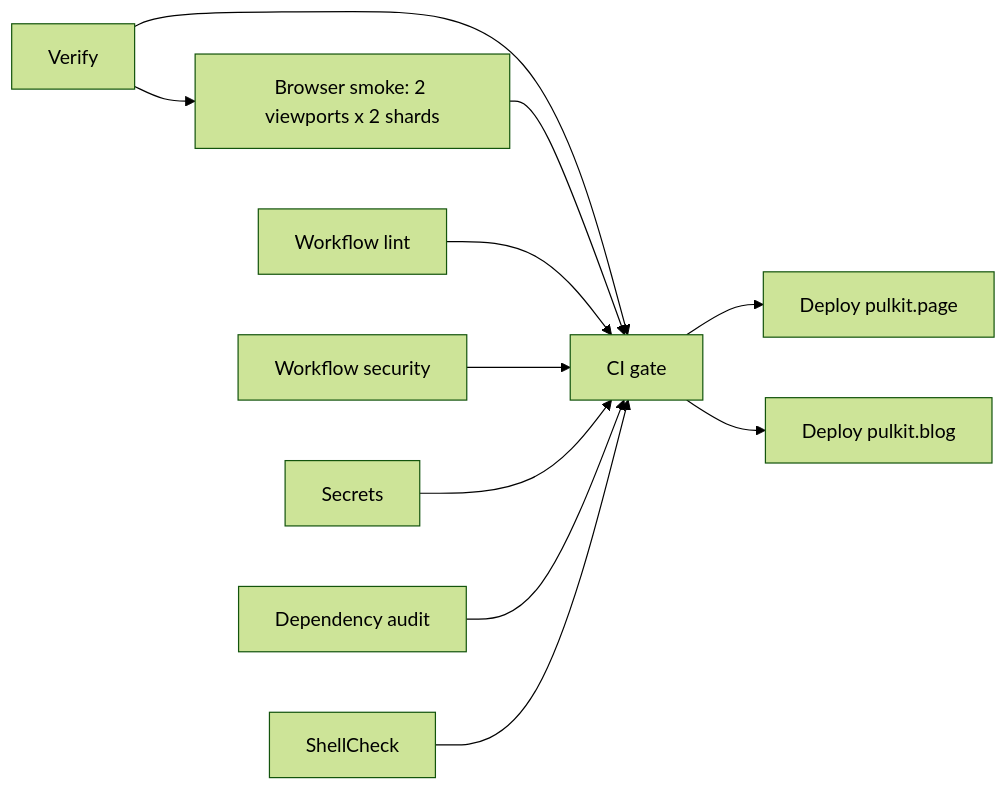
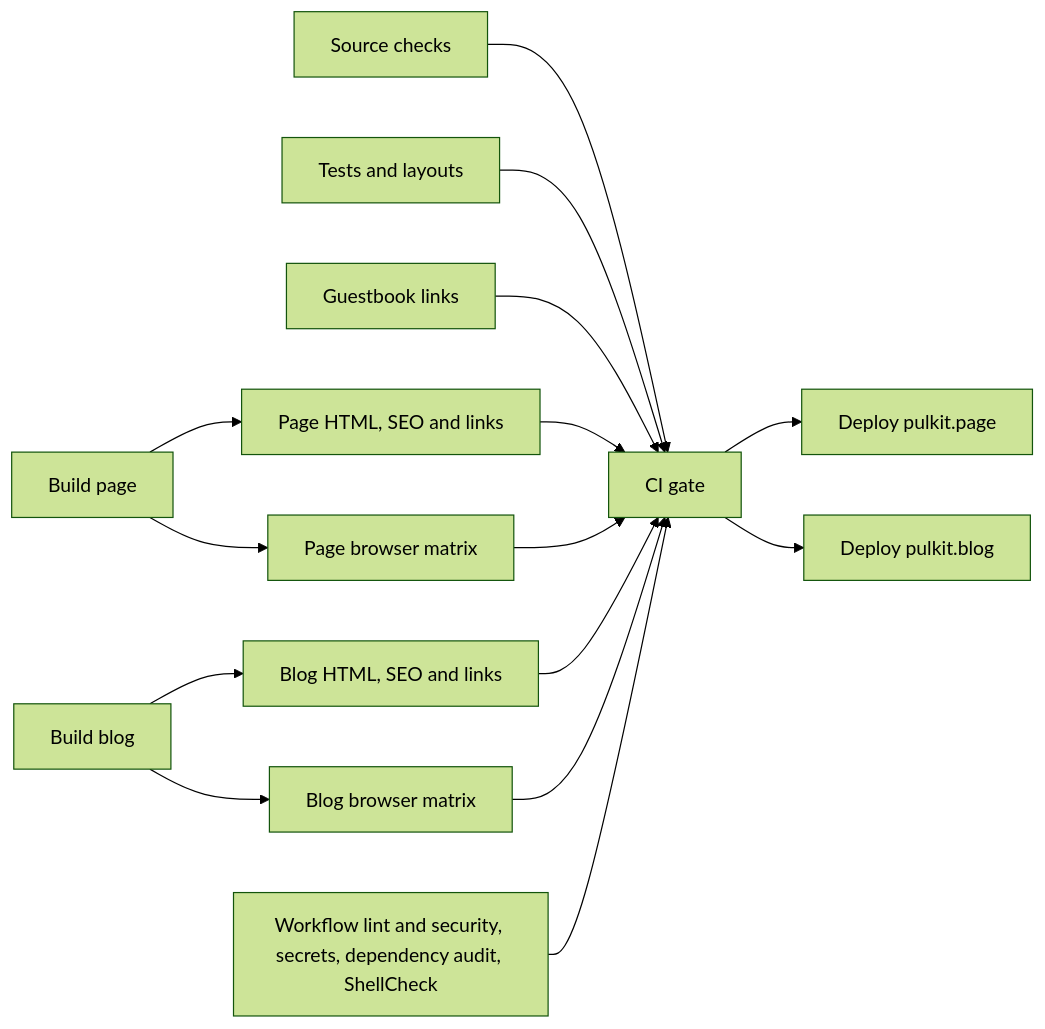
One commit to pulkitxm/pulkit.page changed the diagram in docs/continuous-integration.md. Above: the diagram before and after it, drawn with Mermaid (forest theme). The commit also changed other lines of this file and 5 other files, not shown here.

````diff
--- a/docs/continuous-integration.md
+++ b/docs/continuous-integration.md
@@ -46,13 +47,17 @@
 ```mermaid
 flowchart LR
-  verify[Verify] --> browser[Browser smoke: 2 viewports x 2 shards]
-  verify --> gate[CI gate]
-  browser --> gate
-  workflows[Workflow lint] --> gate
-  security[Workflow security] --> gate
-  secrets[Secrets] --> gate
-  audit[Dependency audit] --> gate
-  shell[ShellCheck] --> gate
+  source[Source checks] --> gate[CI gate]
+  tests[Tests and layouts] --> gate
+  guestbook[Guestbook links] --> gate
+  pagebuild[Build page] --> pagestatic[Page HTML, SEO and links]
+  pagebuild --> pagebrowser[Page browser matrix]
+  blogbuild[Build blog] --> blogstatic[Blog HTML, SEO and links]
+  blogbuild --> blogbrowser[Blog browser matrix]
+  pagestatic --> gate
+  pagebrowser --> gate
+  blogstatic --> gate
+  blogbrowser --> gate
+  scanners[Workflow lint and security, secrets, dependency audit, ShellCheck] --> gate
   gate --> deploypage[Deploy pulkit.page]
   gate --> deployblog[Deploy pulkit.blog]
 ```
````
